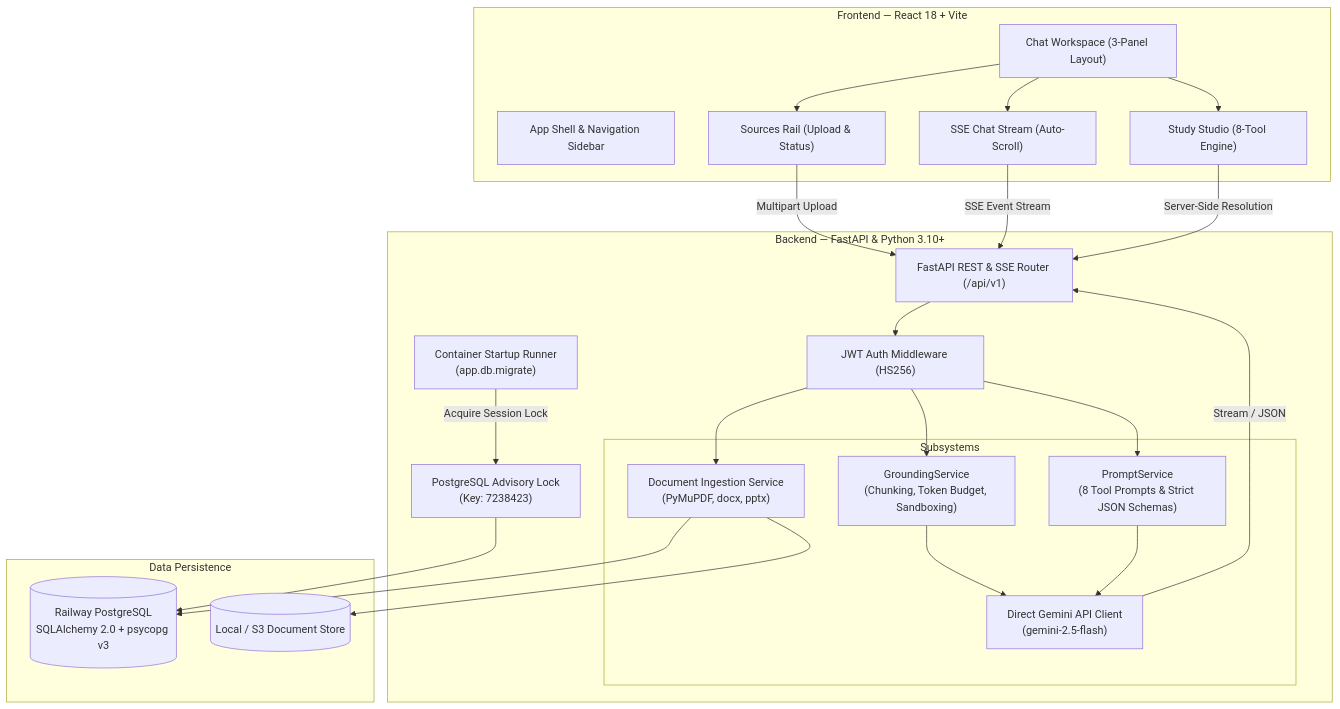
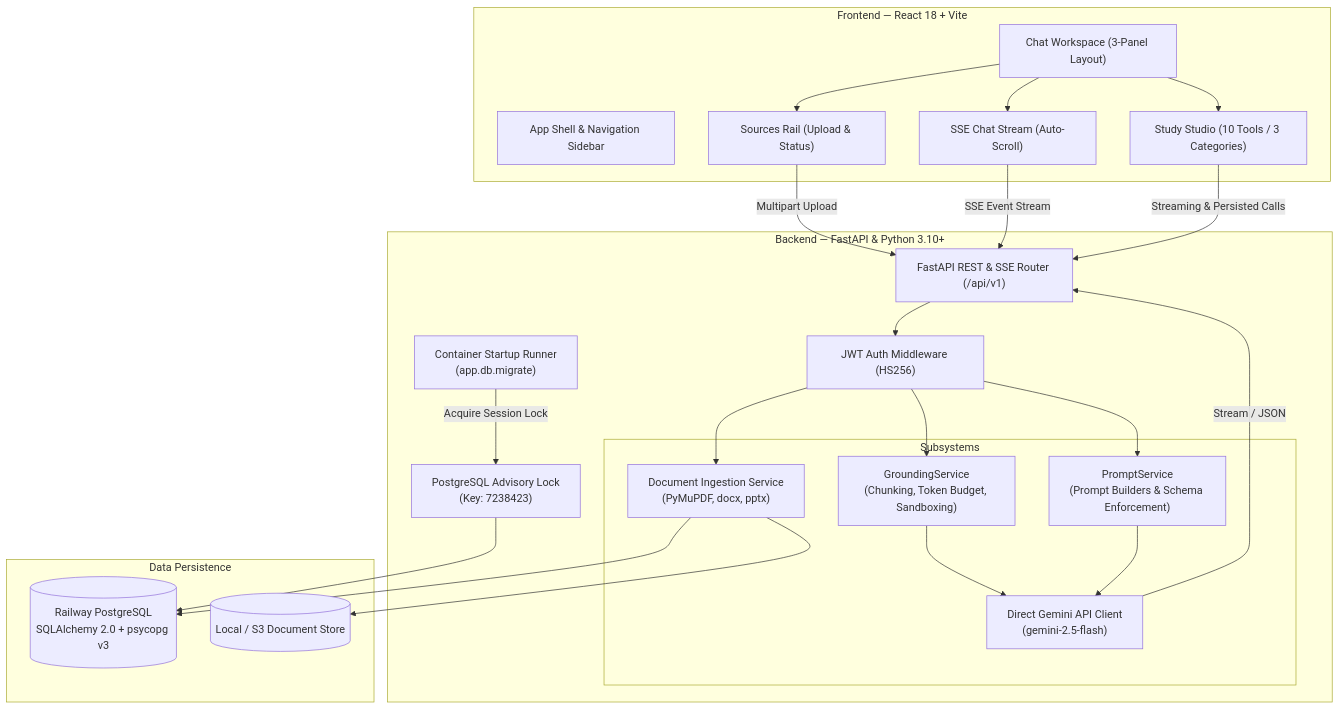
Before and after one commit to KrrishDang/ai-academic-assistant: the second of 3 diagrams in README.md, drawn with Mermaid. The commit also changed other lines of this file and 3 other files, not shown here.

````diff
--- a/README.md
+++ b/README.md
@@ -87,52 +119,52 @@
 ```mermaid
 flowchart TD
     subgraph Frontend Tier [Frontend — React 18 + Vite]
         AppShell["App Shell & Navigation Sidebar"]
         Workspace["Chat Workspace (3-Panel Layout)"]
         SourcesRail["Sources Rail (Upload & Status)"]
         ChatStream["SSE Chat Stream (Auto-Scroll)"]
-        StudyStudio["Study Studio (8-Tool Engine)"]
+        StudyStudio["Study Studio (10 Tools / 3 Categories)"]
     end
 
     subgraph Backend Tier [Backend — FastAPI & Python 3.10+]
         Router["FastAPI REST & SSE Router (/api/v1)"]
         AuthMiddleware["JWT Auth Middleware (HS256)"]
 
         subgraph Subsystems
             DocService["Document Ingestion Service<br/>(PyMuPDF, docx, pptx)"]
             GroundingSvc["GroundingService<br/>(Chunking, Token Budget, Sandboxing)"]
-            PromptSvc["PromptService<br/>(8 Tool Prompts & Strict JSON Schemas)"]
+            PromptSvc["PromptService<br/>(Prompt Builders & Schema Enforcement)"]
             GeminiClient["Direct Gemini API Client<br/>(gemini-2.5-flash)"]
         end
 
         MigrateRunner["Container Startup Runner<br/>(app.db.migrate)"]
         AdvisoryLock["PostgreSQL Advisory Lock<br/>(Key: 7238423)"]
     end
 
     subgraph Persistence [Data Persistence]
         Postgres[("Railway PostgreSQL<br/>SQLAlchemy 2.0 + psycopg v3")]
         FileStorage[("Local / S3 Document Store")]
     end
 
     Workspace --> SourcesRail
     Workspace --> ChatStream
     Workspace --> StudyStudio
 
     SourcesRail -->|Multipart Upload| Router
     ChatStream -->|SSE Event Stream| Router
-    StudyStudio -->|Server-Side Resolution| Router
+    StudyStudio -->|Streaming & Persisted Calls| Router
 
     Router --> AuthMiddleware
     AuthMiddleware --> DocService
     AuthMiddleware --> GroundingSvc
     AuthMiddleware --> PromptSvc
 
     DocService --> FileStorage
     DocService --> Postgres
     GroundingSvc --> GeminiClient
     PromptSvc --> GeminiClient
     GeminiClient -->|Stream / JSON| Router
 
     MigrateRunner -->|Acquire Session Lock| AdvisoryLock
     AdvisoryLock --> Postgres
 ```
````
